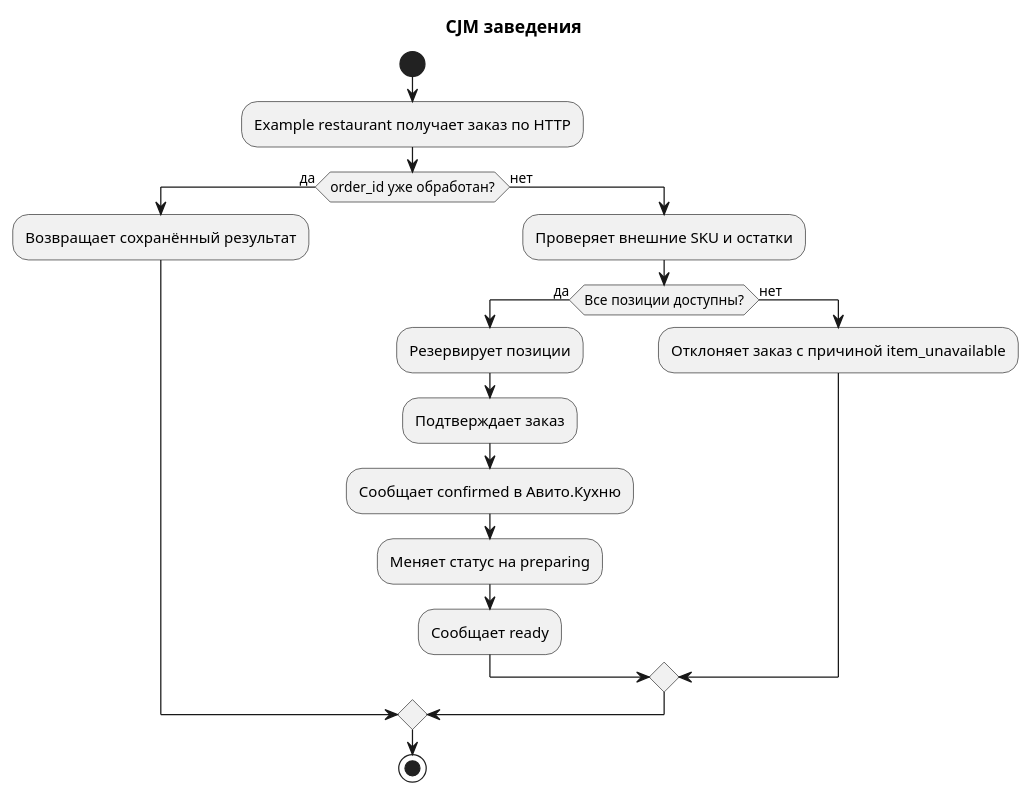
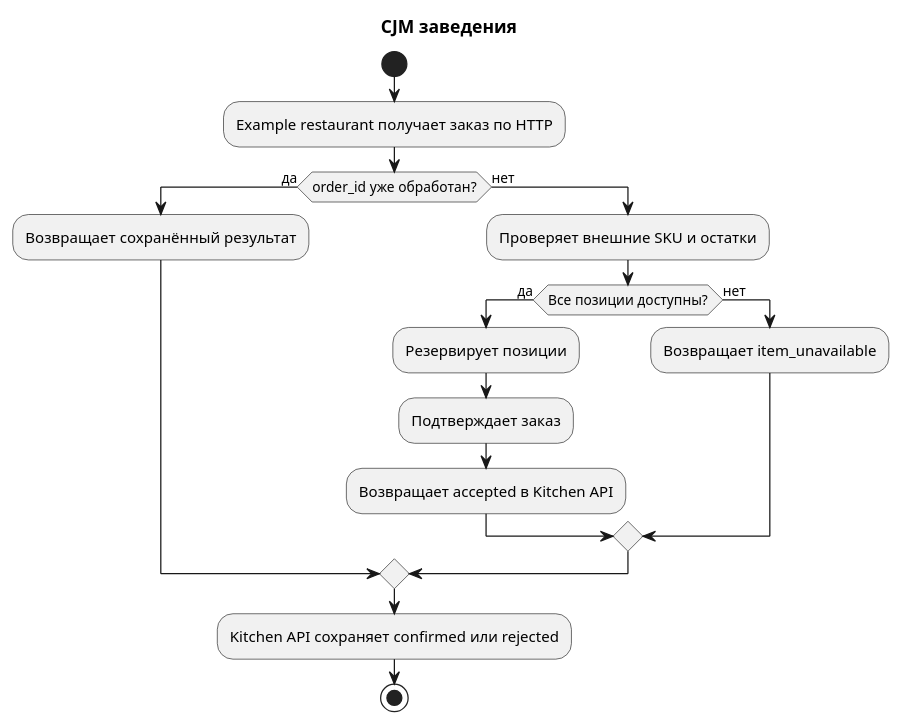
Before and after one commit to Waydss/kitchen: the diagram in docs/cjm-restaurant.puml, drawn with PlantUML. The commit also changed 29 other files, not shown here.

```diff
--- a/docs/cjm-restaurant.puml
+++ b/docs/cjm-restaurant.puml
@@ -1,20 +1,19 @@
 @startuml
 title CJM заведения
 start
 :Example restaurant получает заказ по HTTP;
 if (order_id уже обработан?) then (да)
   :Возвращает сохранённый результат;
 else (нет)
   :Проверяет внешние SKU и остатки;
   if (Все позиции доступны?) then (да)
     :Резервирует позиции;
     :Подтверждает заказ;
-    :Сообщает confirmed в Авито.Кухню;
-    :Меняет статус на preparing;
-    :Сообщает ready;
+    :Возвращает accepted в Kitchen API;
   else (нет)
-    :Отклоняет заказ с причиной item_unavailable;
+    :Возвращает item_unavailable;
   endif
 endif
+:Kitchen API сохраняет confirmed или rejected;
 stop
 @enduml
```
